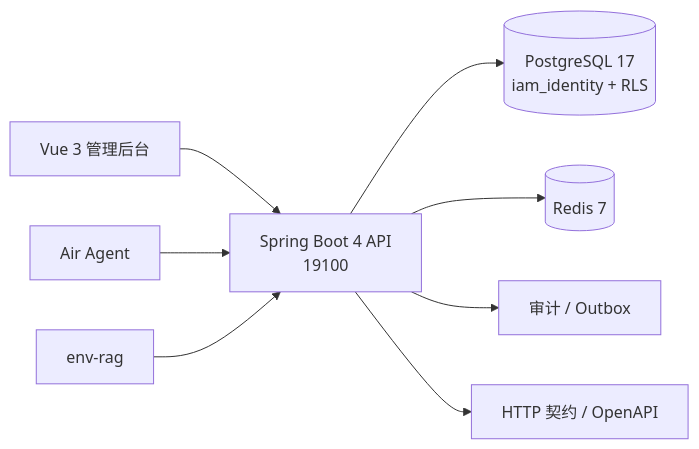
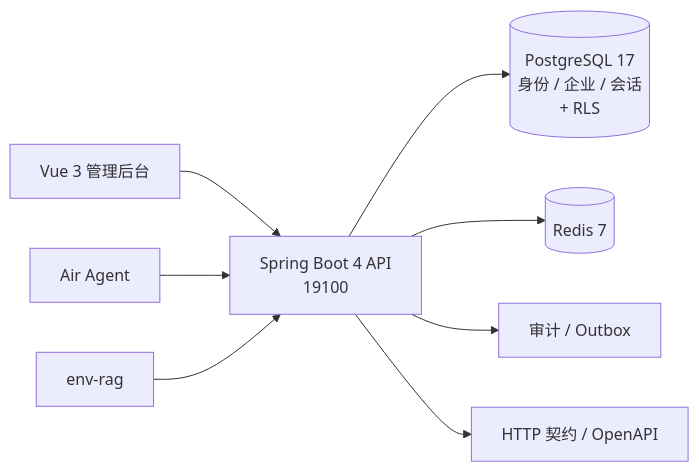
The diagram in README.md (Acerola-1/air_agent_iam), drawn with Mermaid before and after one commit.

Commit message:
[文档] 移除公开 README 中的内部库名与端口
架构说明只保留公开组件关系，具体库名和端口由运行态文档维护。

````diff
--- a/README.md
+++ b/README.md
@@ -47,10 +47,10 @@
 ```mermaid
 flowchart LR
   Web["Vue 3 管理后台"] --> API["Spring Boot 4 API<br/>19100"]
   Agent["Air Agent"] --> API
   RAG["env-rag"] --> API
-  API --> PG[("PostgreSQL 17<br/>iam_identity + RLS")]
+  API --> PG[("PostgreSQL 17<br/>身份 / 企业 / 会话<br/>+ RLS")]
   API --> Redis[("Redis 7")]
   API --> Audit["审计 / Outbox"]
   API --> Contracts["HTTP 契约 / OpenAPI"]
 ```
````
